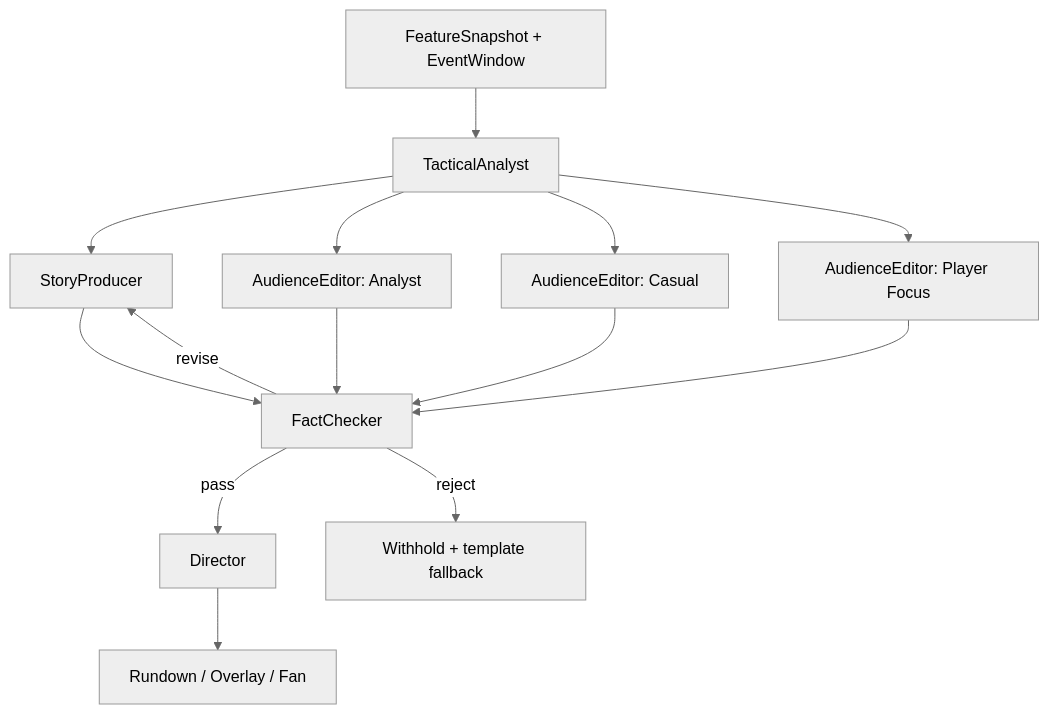
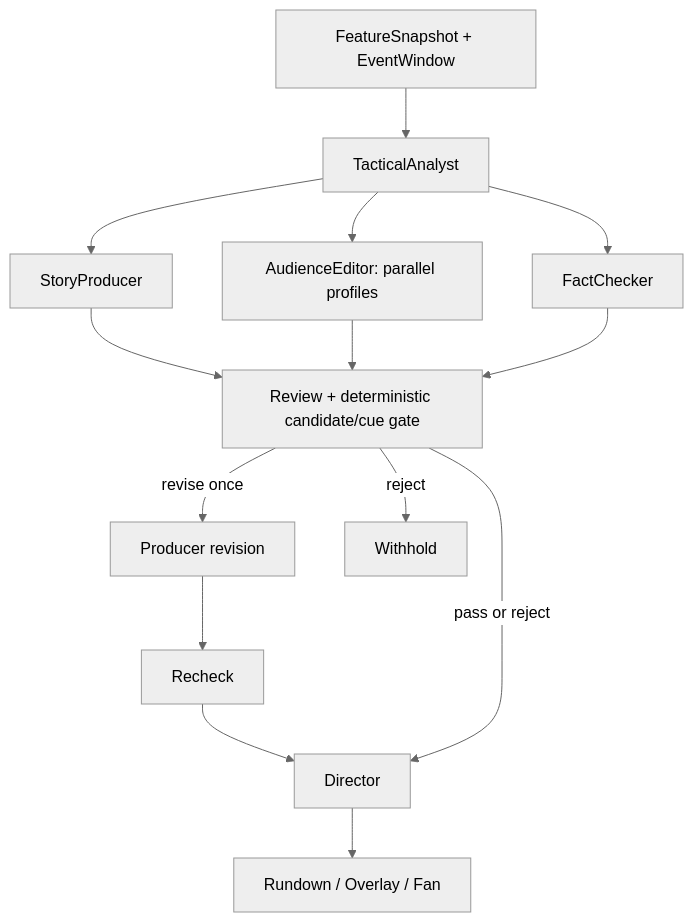
One commit to ZCWarren/matchmind changed the first of 2 diagrams in PLAN.md. Above: the diagram before and after it, drawn with Mermaid (neutral theme). The commit also changed other lines of this file and 85 other files, not shown here.

````diff
--- a/PLAN.md
+++ b/PLAN.md
@@ -182,16 +186,16 @@
 ```mermaid
 flowchart TD
   S["FeatureSnapshot + EventWindow"] --> A["TacticalAnalyst"]
   A --> P["StoryProducer"]
-  A --> F1["AudienceEditor: Analyst"]
-  A --> F2["AudienceEditor: Casual"]
-  A --> F3["AudienceEditor: Player Focus"]
-  P --> V["FactChecker"]
-  F1 --> V
-  F2 --> V
-  F3 --> V
-  V -->|pass| D["Director"]
-  V -->|revise| P
-  V -->|reject| X["Withhold + template fallback"]
-  D --> R["Rundown / Overlay / Fan"]
+  A --> F["AudienceEditor: parallel profiles"]
+  A --> C["FactChecker"]
+  P --> V["Review + deterministic candidate/cue gate"]
+  F --> V
+  C --> V
+  V -->|revise once| R["Producer revision"]
+  R --> RC["Recheck"]
+  RC --> D["Director"]
+  V -->|pass or reject| D
+  V -->|reject| X["Withhold"]
+  D --> O["Rundown / Overlay / Fan"]
 ```
````
